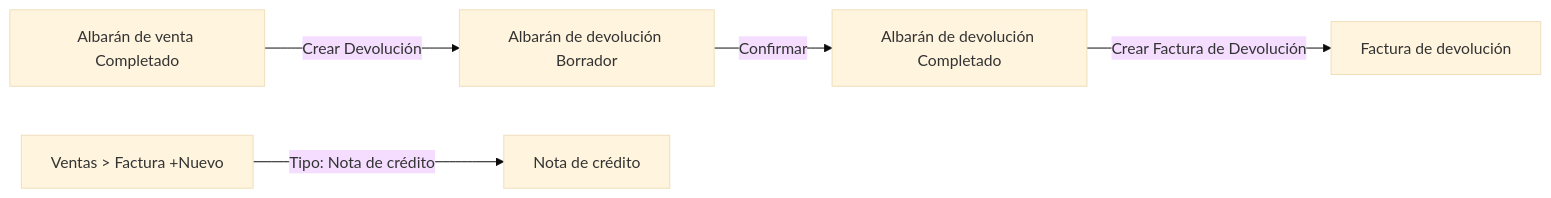
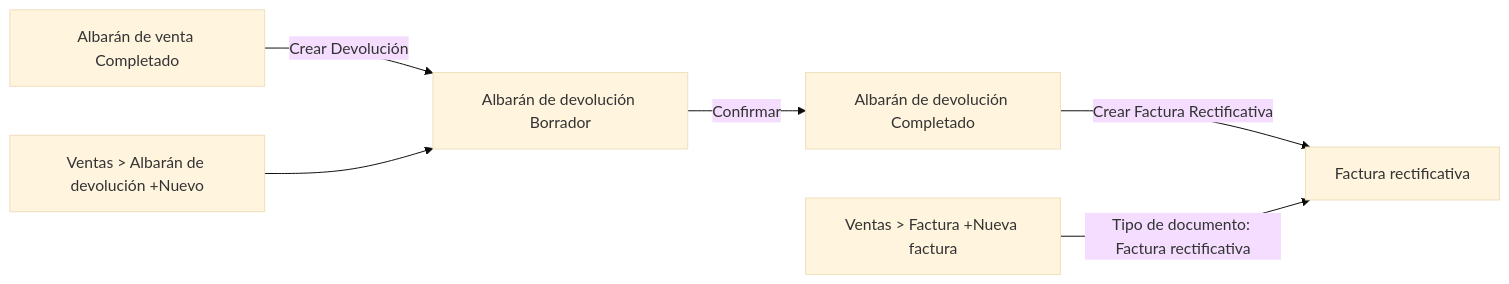
Before and after one commit to etendosoftware/etendo-go-docs: the diagram in docs/es/comercial/ventas/crear-y-gestionar-devoluciones/crear-y-gestionar-devoluciones.md, drawn with Mermaid (base theme). The commit also changed other lines of this file and 15 other files, not shown here.

````diff
--- a/docs/es/comercial/ventas/crear-y-gestionar-devoluciones/crear-y-gestionar-devoluciones.md
+++ b/docs/es/comercial/ventas/crear-y-gestionar-devoluciones/crear-y-gestionar-devoluciones.md
@@ -23,7 +23,8 @@
 ```mermaid
 flowchart LR
   A[Albarán de venta Completado] -->|Crear Devolución| B[Albarán de devolución Borrador]
+  F[Ventas > Albarán de devolución +Nuevo] --> B
   B -->|Confirmar| C[Albarán de devolución Completado]
-  C -->|Crear Factura de Devolución| D[Factura de devolución]
-  E[Ventas > Factura +Nuevo] -->|Tipo: Nota de crédito| F[Nota de crédito]
+  C -->|Crear Factura Rectificativa| D[Factura rectificativa]
+  E[Ventas > Factura +Nueva factura] -->|Tipo de documento: Factura rectificativa| D
 ```
````
